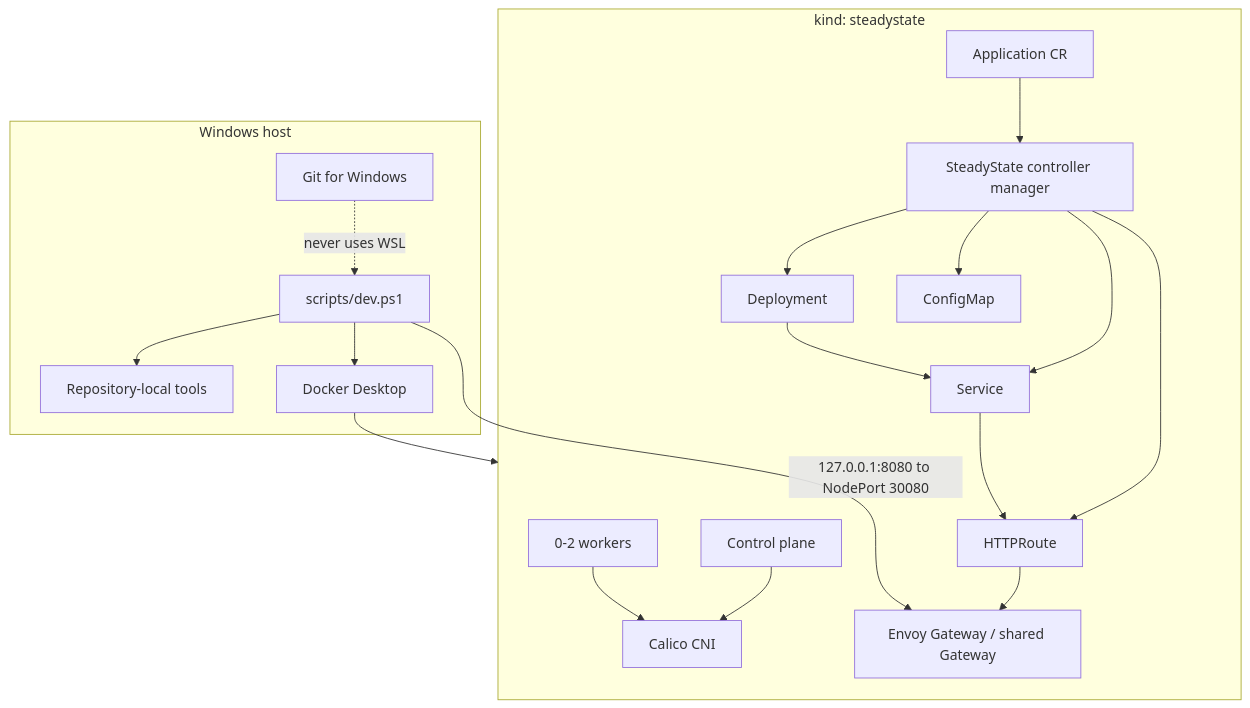
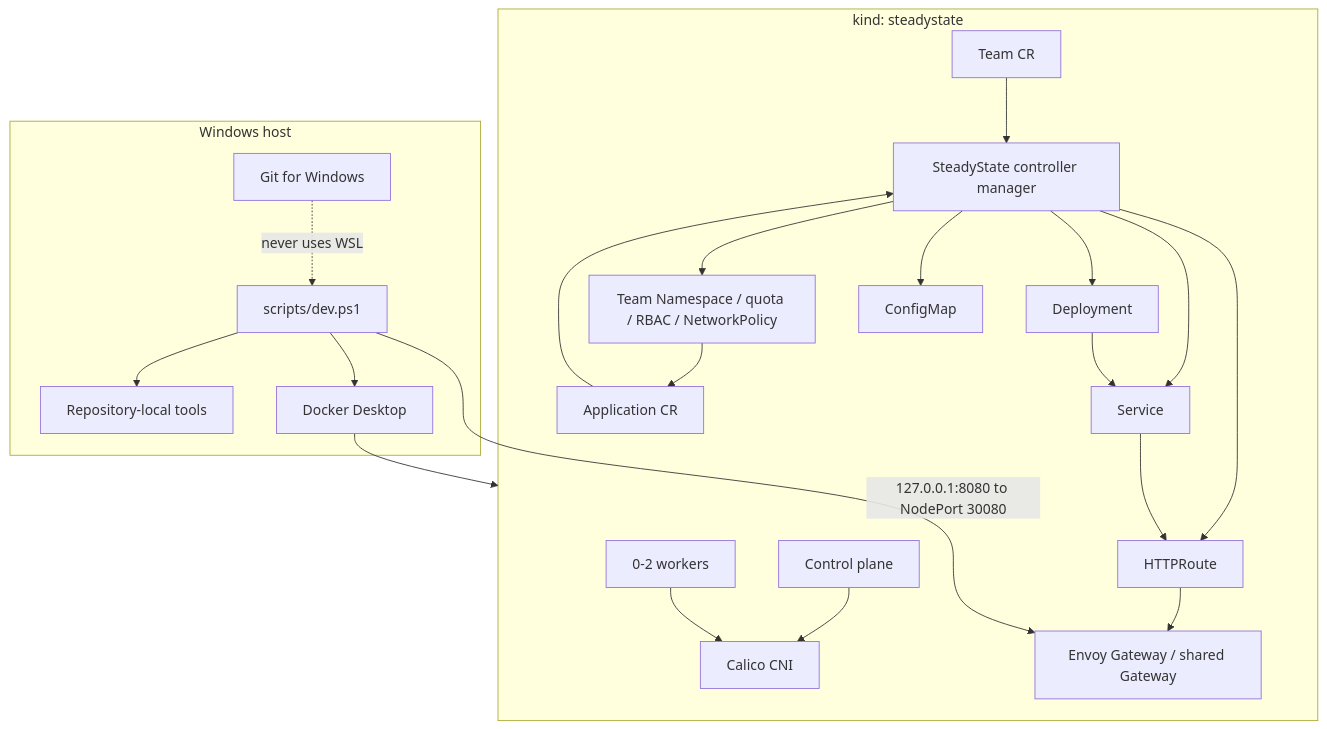
One commit to saadabdullaah/steadystate changed the diagram in docs/architecture.md. Above: the diagram before and after it, drawn with Mermaid. The commit also changed other lines of this file and 21 other files, not shown here.

````diff
--- a/docs/architecture.md
+++ b/docs/architecture.md
@@ -3,34 +3,39 @@
 ```mermaid
 flowchart TB
     subgraph Host["Windows host"]
         Git["Git for Windows"]
         Dev["scripts/dev.ps1"]
         Tools["Repository-local tools"]
         Docker["Docker Desktop"]
     end
     subgraph Cluster["kind: steadystate"]
         CP["Control plane"]
         Workers["0-2 workers"]
         Calico["Calico CNI"]
         Manager["SteadyState controller manager"]
+        TeamCR["Team CR"]
+        Boundary["Team Namespace / quota / RBAC / NetworkPolicy"]
         AppCR["Application CR"]
         Deployment["Deployment"]
         Service["Service"]
         ConfigMap["ConfigMap"]
         Route["HTTPRoute"]
         EG["Envoy Gateway / shared Gateway"]
     end
     Dev --> Tools
     Dev --> Docker
     Docker --> Cluster
     CP --> Calico
     Workers --> Calico
+    TeamCR --> Manager
+    Manager --> Boundary
+    Boundary --> AppCR
     AppCR --> Manager
     Manager --> Deployment
     Manager --> Service
     Manager --> ConfigMap
     Manager --> Route
     Deployment --> Service --> Route --> EG
     Dev -->|"127.0.0.1:8080 to NodePort 30080"| EG
     Git -. "never uses WSL" .-> Dev
 ```
````
